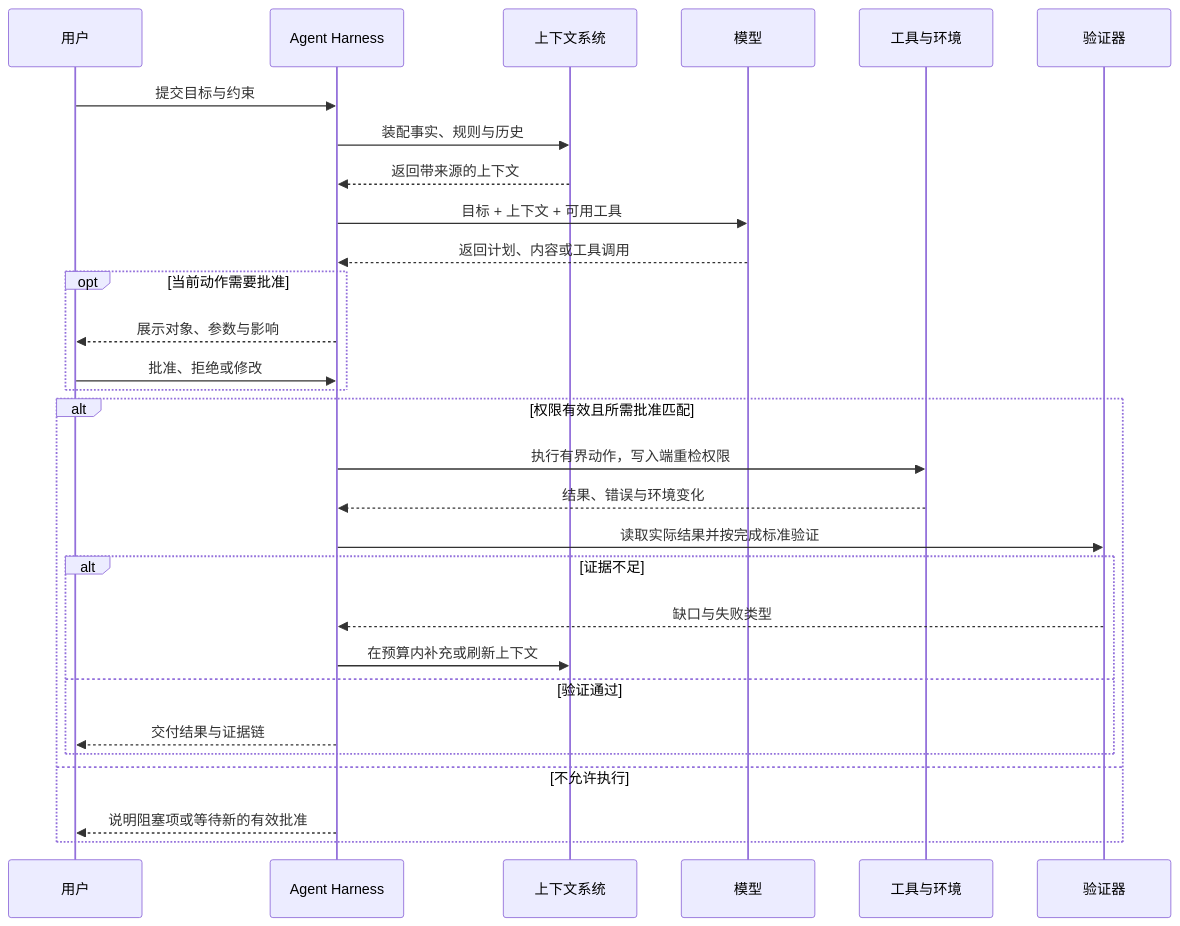
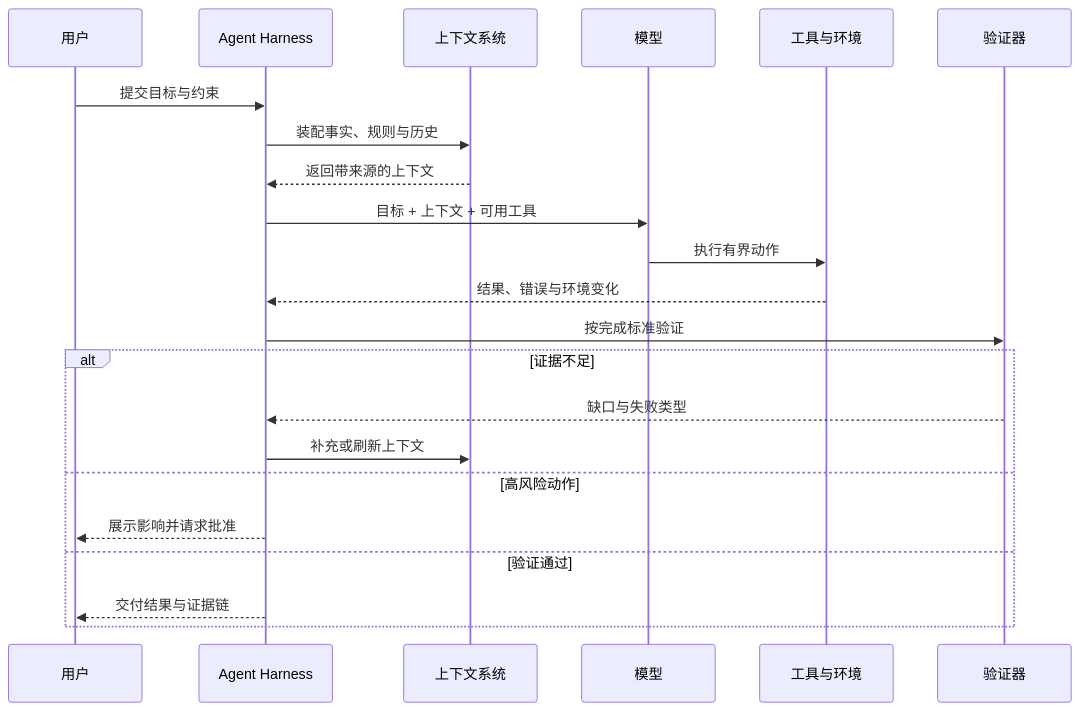
The second of 2 diagrams in src/content/writing/product-work-methodology.md (MarkingYang/aidea-lab), drawn with Mermaid before and after one commit. The commit also changed other lines of this file and 116 other files, not shown here.

````diff
--- a/src/content/writing/product-work-methodology.md
+++ b/src/content/writing/product-work-methodology.md
@@ -147,32 +156,25 @@
 ```mermaid
 sequenceDiagram
   participant U as 用户
   participant H as Agent Harness
   participant C as 上下文系统
   participant M as 模型
   participant T as 工具与环境
   participant E as 验证器
 
-U->>H: 提交目标与约束
+  U->>H: 提交目标与约束
   H->>C: 装配事实、规则与历史
   C-->>H: 返回带来源的上下文
   H->>M: 目标 + 上下文 + 可用工具
-  M-->>H: 返回计划、内容或工具调用
-  opt 当前动作需要批准
-    H-->>U: 展示对象、参数与影响
-    U->>H: 批准、拒绝或修改
-  end
-  alt 权限有效且所需批准匹配
-    H->>T: 执行有界动作，写入端重检权限
-    T-->>H: 结果、错误与环境变化
-    H->>E: 读取实际结果并按完成标准验证
-    alt 证据不足
-      E-->>H: 缺口与失败类型
-      H->>C: 在预算内补充或刷新上下文
-    else 验证通过
-      H-->>U: 交付结果与证据链
-    end
-  else 不允许执行
-    H-->>U: 说明阻塞项或等待新的有效批准
+  M->>T: 执行有界动作
+  T-->>H: 结果、错误与环境变化
+  H->>E: 按完成标准验证
+  alt 证据不足
+    E-->>H: 缺口与失败类型
+    H->>C: 补充或刷新上下文
+  else 高风险动作
+    H-->>U: 展示影响并请求批准
+  else 验证通过
+    H-->>U: 交付结果与证据链
   end
 ```
````
